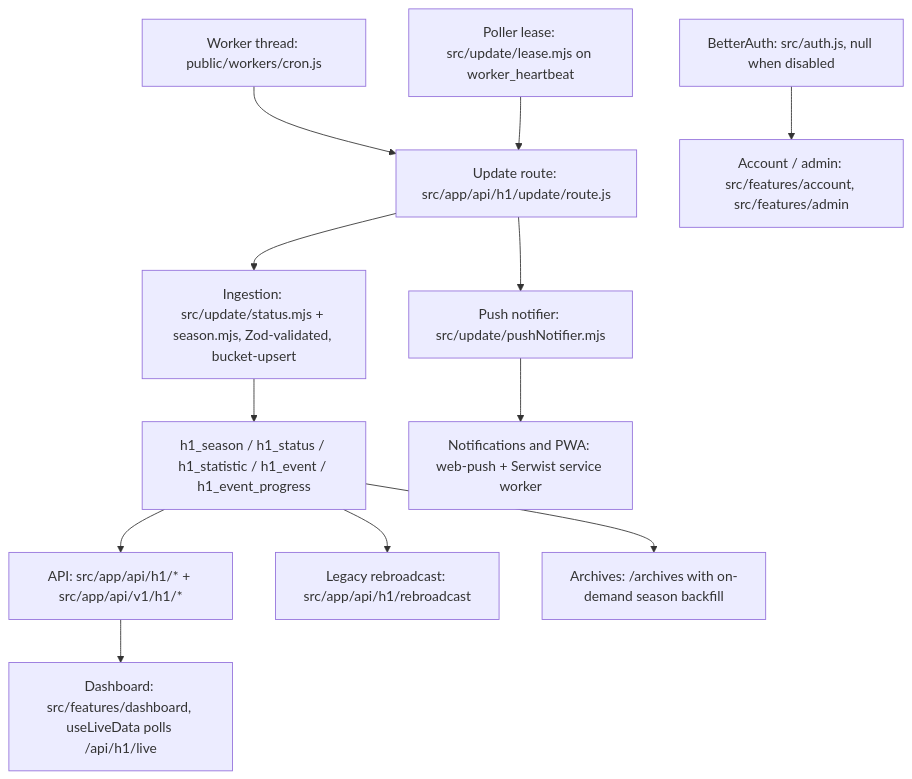
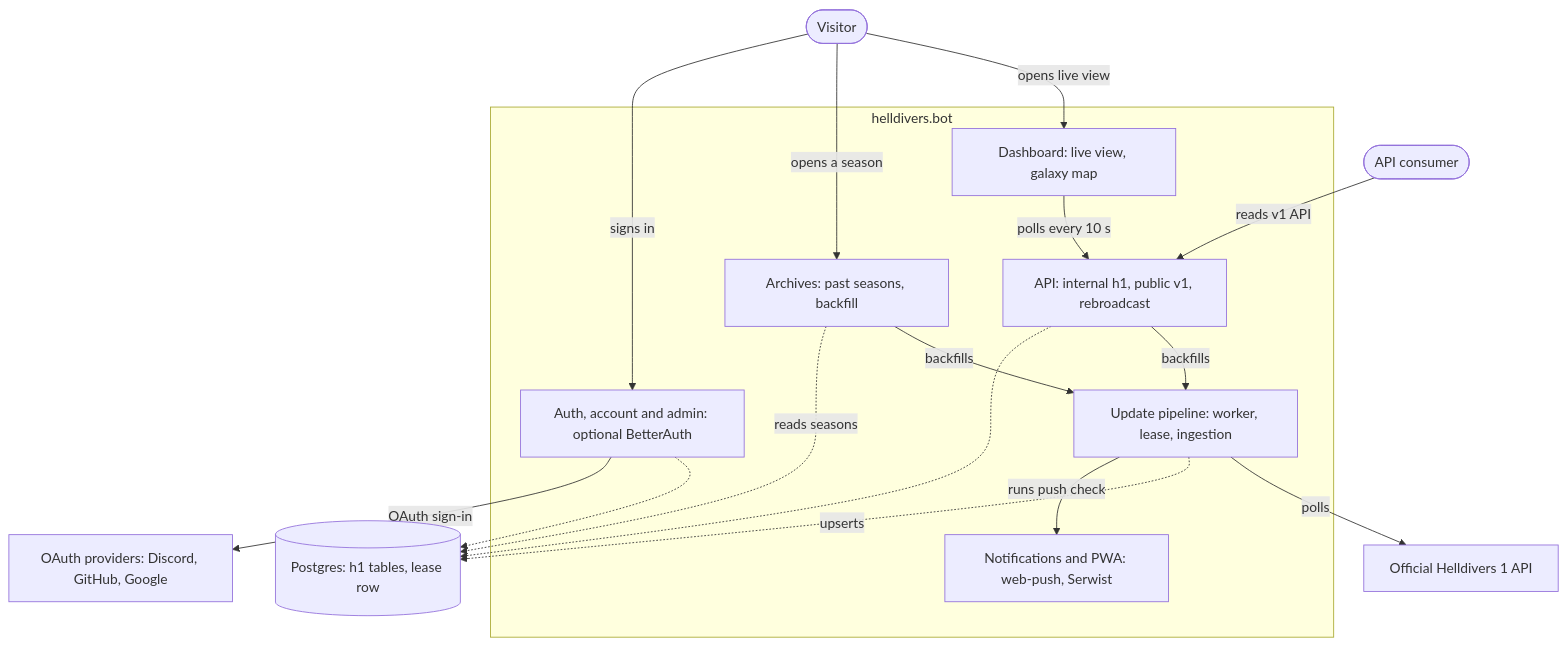
One commit to elfensky/helldivers.bot changed the diagram in .planning/architecture/helldivers-bot-architecture.md. Above: the diagram before and after it, drawn with Mermaid. The commit also changed other lines of this file and 7 other files, not shown here.

First line of the commit message:
docs(architecture): fit the notes to layout 1.1.0 and re-check them at 8f831f68

````diff
--- a/.planning/architecture/helldivers-bot-architecture.md
+++ b/.planning/architecture/helldivers-bot-architecture.md
@@ -24,14 +26,30 @@
 ```mermaid
 flowchart TD
-    worker["Worker thread: public/workers/cron.js"] --> update["Update route: src/app/api/h1/update/route.js"]
-    lease["Poller lease: src/update/lease.mjs on worker_heartbeat"] --> update
-    update --> ingest["Ingestion: src/update/status.mjs + season.mjs, Zod-validated, bucket-upsert"]
-    ingest --> tables["h1_season / h1_status / h1_statistic / h1_event / h1_event_progress"]
-    update --> push["Push notifier: src/update/pushNotifier.mjs"]
-    tables --> api["API: src/app/api/h1/* + src/app/api/v1/h1/*"]
-    tables --> rebroadcast["Legacy rebroadcast: src/app/api/h1/rebroadcast"]
-    api --> dashboard["Dashboard: src/features/dashboard, useLiveData polls /api/h1/live"]
-    tables --> archives["Archives: /archives with on-demand season backfill"]
-    push --> pwa["Notifications and PWA: web-push + Serwist service worker"]
-    auth["BetterAuth: src/auth.js, null when disabled"] --> account["Account / admin: src/features/account, src/features/admin"]
+    api-consumer(["API consumer"])
+    visitor(["Visitor"])
+    subgraph system["helldivers.bot"]
+        dashboard["Dashboard: live view, galaxy map"]
+        notifications-pwa["Notifications and PWA: web-push, Serwist"]
+        api["API: internal h1, public v1, rebroadcast"]
+        archives["Archives: past seasons, backfill"]
+        auth-admin["Auth, account and admin: optional BetterAuth"]
+        update-pipeline["Update pipeline: worker, lease, ingestion"]
+    end
+    oauth["OAuth providers: Discord, GitHub, Google"]
+    postgres[("Postgres: h1 tables, lease row")]
+    hd1-api["Official Helldivers 1 API"]
+    visitor -->|opens live view| dashboard
+    visitor -->|opens a season| archives
+    visitor -->|signs in| auth-admin
+    api-consumer -->|reads v1 API| api
+    dashboard -->|polls every 10 s| api
+    archives -->|backfills| update-pipeline
+    api -->|backfills| update-pipeline
+    update-pipeline -->|polls| hd1-api
+    update-pipeline -.->|upserts| postgres
+    update-pipeline -->|runs push check| notifications-pwa
+    api -.-> postgres
+    archives -.->|reads seasons| postgres
+    auth-admin -.-> postgres
+    auth-admin -->|OAuth sign-in| oauth
 ```
````
